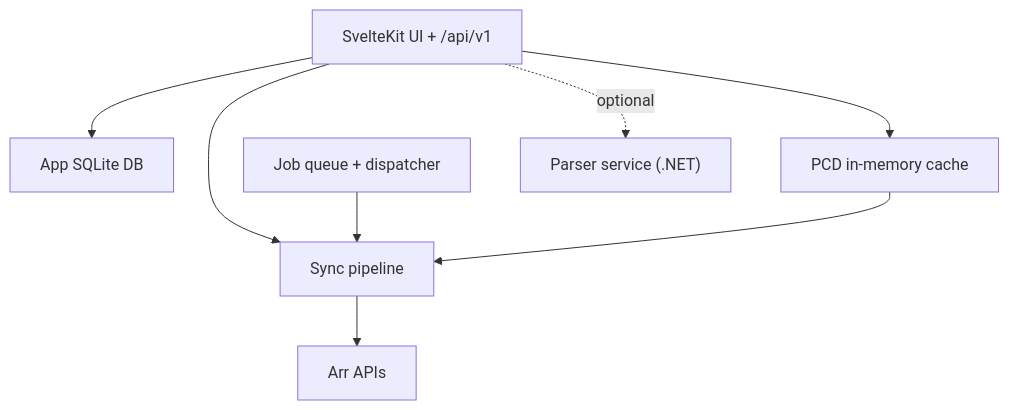
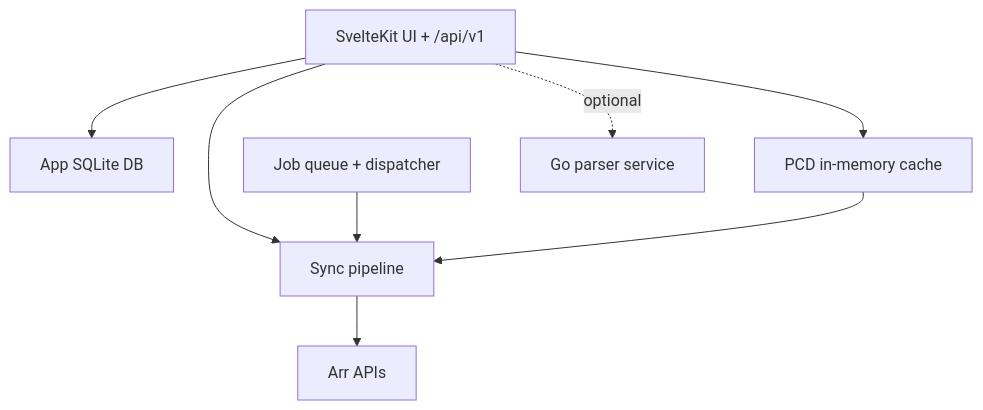
One commit to yandy-r/praxrr changed the diagram in docs/site/src/content/docs/app/architecture.md. Above: the diagram before and after it, drawn with Mermaid. The commit also changed other lines of this file and 149 other files, not shown here.

First line of the commit message:
feat(parser): replace .NET parser with Go (#260)

````diff
--- a/docs/site/src/content/docs/app/architecture.md
+++ b/docs/site/src/content/docs/app/architecture.md
@@ -21,18 +21,18 @@
 ```mermaid
 flowchart TB
   UI["SvelteKit UI + /api/v1"]
   AppDB["App SQLite DB"]
   PCD["PCD in-memory cache"]
   Jobs["Job queue + dispatcher"]
   Sync["Sync pipeline"]
   Arr["Arr APIs"]
-  Parser["Parser service (.NET)"]
+  Parser["Go parser service"]
 
   UI --> AppDB
   UI --> PCD
   UI --> Sync
   Jobs --> Sync
   Sync --> Arr
   PCD --> Sync
   UI -. optional .-> Parser
 ```
````
